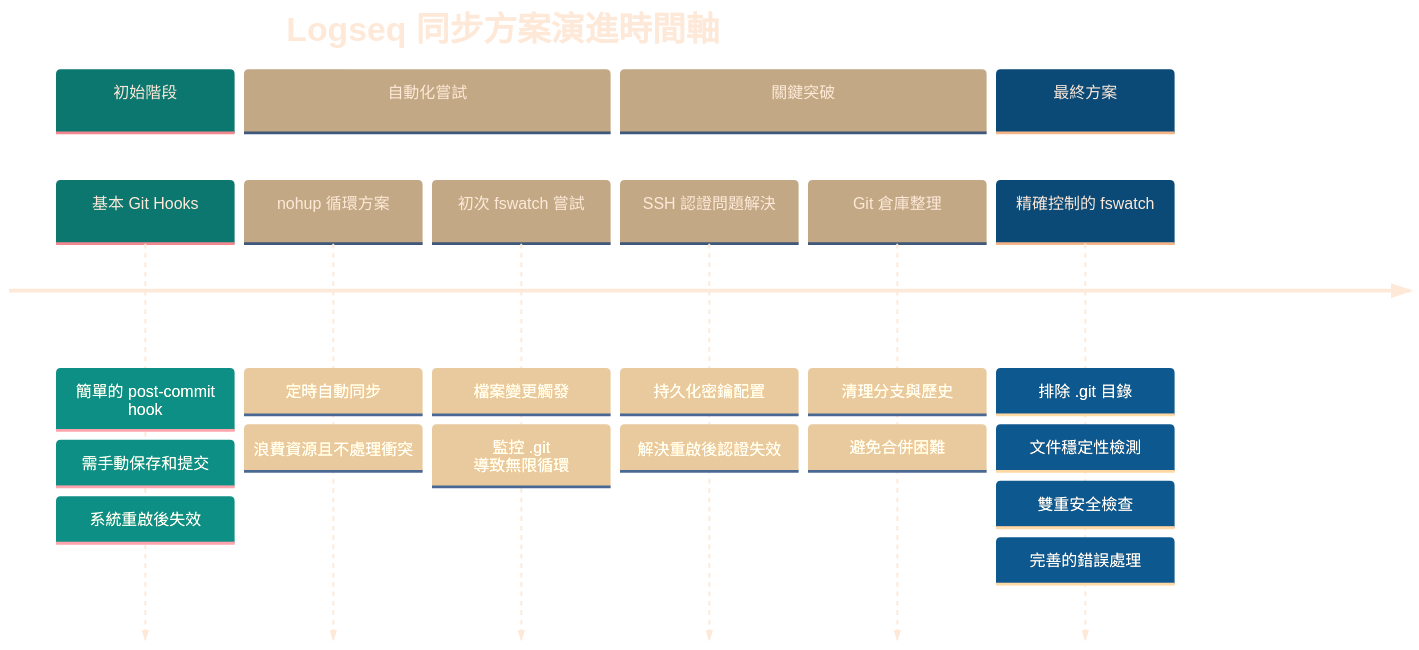
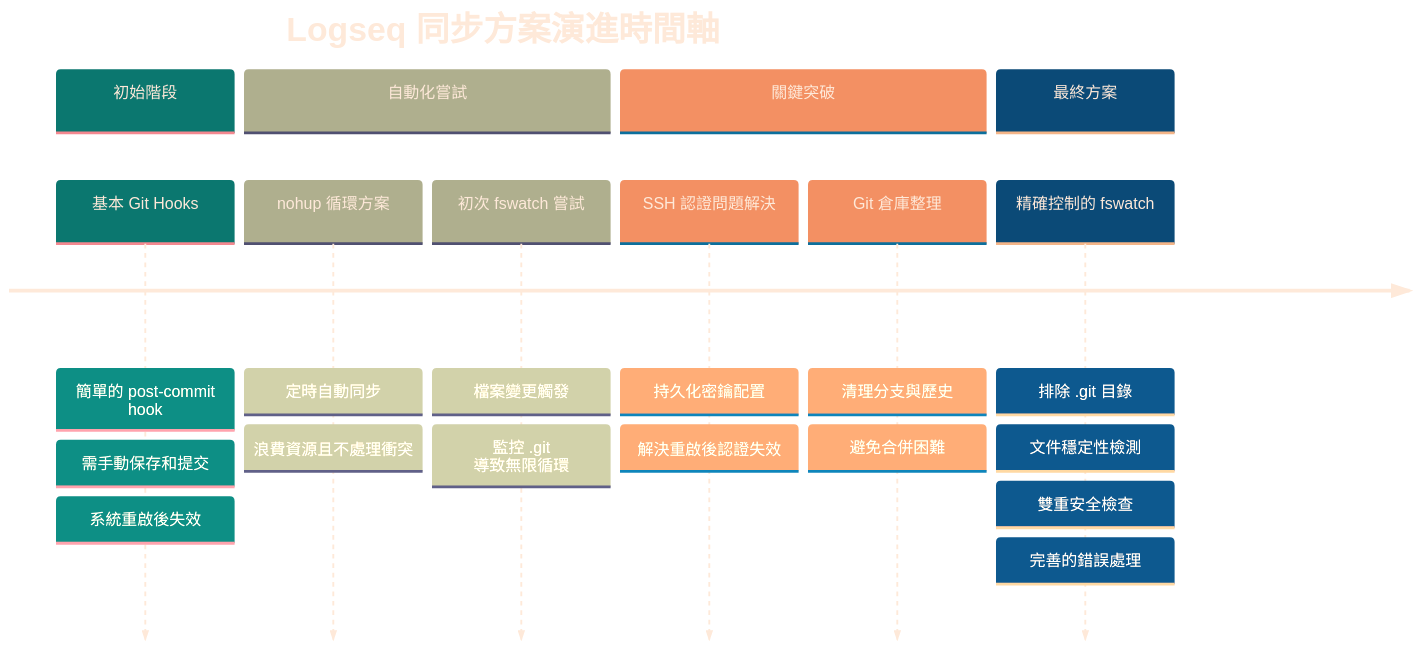
Before and after one commit to GengGeng026/Sync-Logseq: the first of 2 diagrams in Logseq同步方案演進記錄.md, drawn with Mermaid.

Commit message:
Auto-sync: Wed Mar 26 09:59:05 +08 2025

````diff
--- a/Logseq同步方案演進記錄.md
+++ b/Logseq同步方案演進記錄.md
@@ -24,38 +24,38 @@
 ```mermaid
 %%{init: {
   'theme': 'base', 
   'themeVariables': {
     'primaryTextColor': '#FEE9D9',
     'primaryColor': '#19E9D9',
-    'secondaryColor': '#ECE4D9',
-    'tertiaryColor': '#ECE4D9',
+    'secondaryColor': '#E4E4D9',
+    'tertiaryColor': '#FCE4D9',
     'primaryBorderColor': '#A9D9D9',
     'background': 'transparent',
     'clusterBkg': 'transparent',
     'fontFamily': 'default',
     'fontSize': '17px',
     'fontWeight': 'normal'
   }
 }}%%
 timeline
     title Logseq 同步方案演進時間軸
     section 初始階段
         基本 Git Hooks : 簡單的 post-commit hook
         : 需手動保存和提交
         : 系統重啟後失效
     section 自動化嘗試
         nohup 循環方案 : 定時自動同步
         : 浪費資源且不處理衝突
         初次 fswatch 嘗試 : 檔案變更觸發
         : 監控 .git 導致無限循環
     section 關鍵突破
         SSH 認證問題解決 : 持久化密鑰配置
         : 解決重啟後認證失效
         Git 倉庫整理 : 清理分支與歷史
         : 避免合併困難
     section 最終方案
         精確控制的 fswatch : 排除 .git 目錄
         : 文件穩定性檢測
         : 雙重安全檢查
         : 完善的錯誤處理
 ```
````
